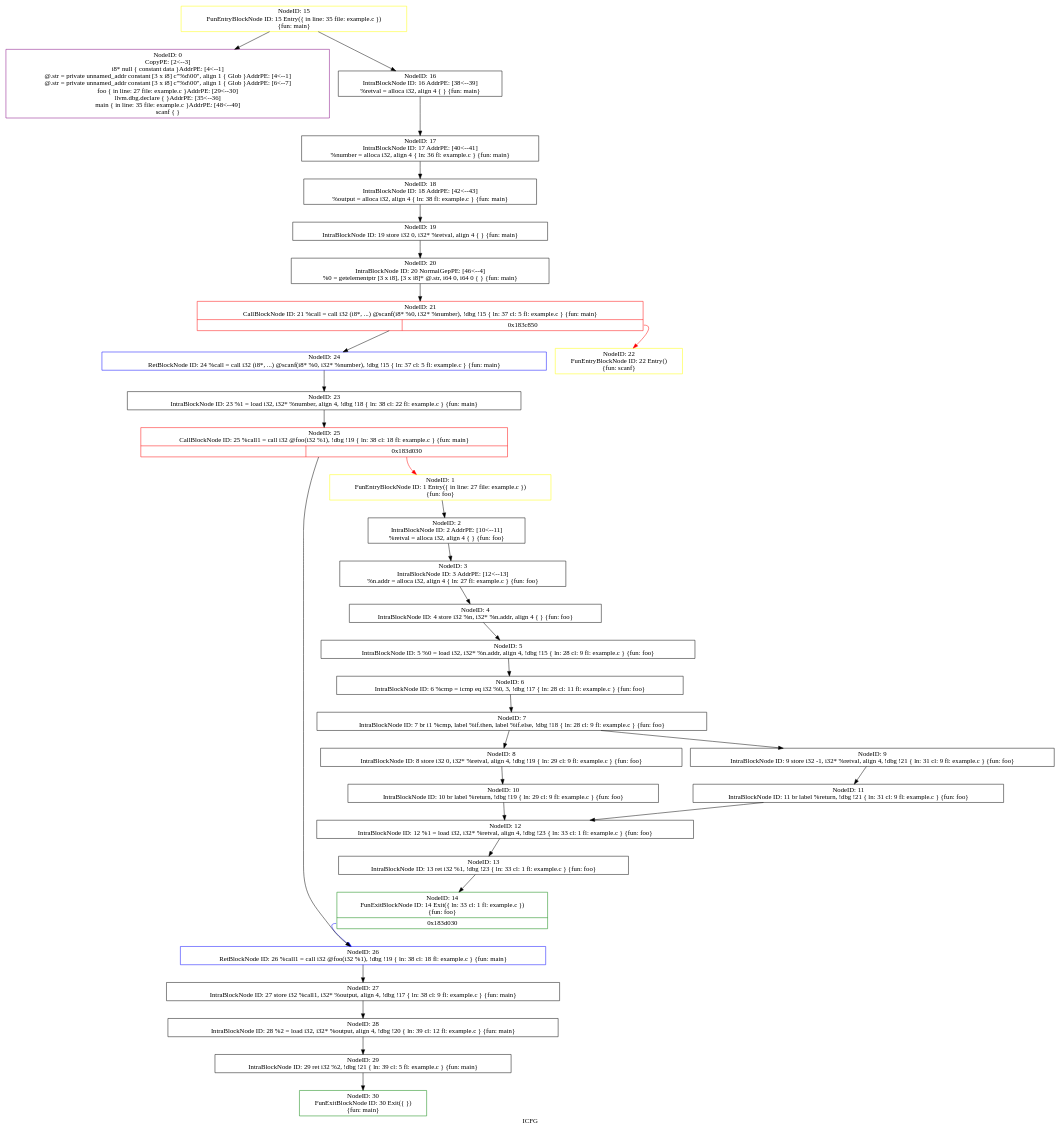
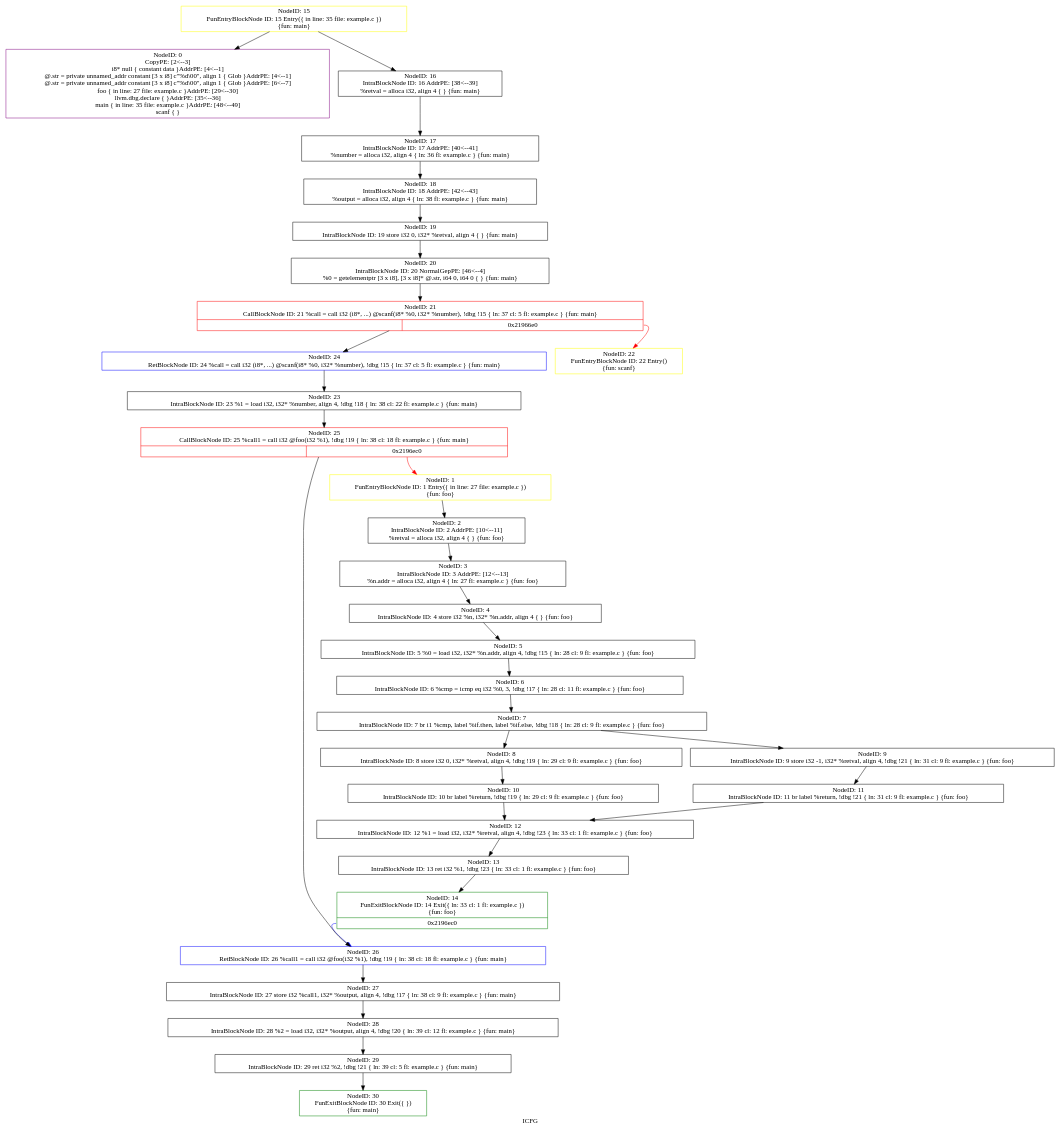
One commit to triciadang/symbolicexecutionsvf changed the diagram in icfg.dot. Above: the diagram before and after it, drawn with Graphviz. The commit also changed 4 other files, not shown here.

```diff
--- a/icfg.dot
+++ b/icfg.dot
@@ -1,67 +1,67 @@
 digraph "ICFG" {
 	label="ICFG";
 
-	Node0x1851250 [shape=record,color=green,label="{NodeID: 30\nFunExitBlockNode ID: 30 Exit(\{  \})\n \{fun: main\}}"];
-	Node0x1850eb0 [shape=record,color=black,label="{NodeID: 29\nIntraBlockNode ID: 29      ret i32 %2, !dbg !21 \{ ln: 39  cl: 5  fl: example.c \}    \{fun: main\}}"];
-	Node0x1850eb0 -> Node0x1851250[style=solid];
-	Node0x184edf0 [shape=record,color=black,label="{NodeID: 12\nIntraBlockNode ID: 12      %1 = load i32, i32* %retval, align 4, !dbg !23 \{ ln: 33  cl: 1  fl: example.c \}    \{fun: foo\}}"];
-	Node0x184edf0 -> Node0x184f070[style=solid];
-	Node0x184ec10 [shape=record,color=black,label="{NodeID: 11\nIntraBlockNode ID: 11      br label %return, !dbg !21 \{ ln: 31  cl: 9  fl: example.c \}    \{fun: foo\}}"];
-	Node0x184ec10 -> Node0x184edf0[style=solid];
-	Node0x184ea30 [shape=record,color=black,label="{NodeID: 10\nIntraBlockNode ID: 10      br label %return, !dbg !19 \{ ln: 29  cl: 9  fl: example.c \}    \{fun: foo\}}"];
-	Node0x184ea30 -> Node0x184edf0[style=solid];
-	Node0x184e850 [shape=record,color=black,label="{NodeID: 9\nIntraBlockNode ID: 9      store i32 -1, i32* %retval, align 4, !dbg !21 \{ ln: 31  cl: 9  fl: example.c \}    \{fun: foo\}}"];
-	Node0x184e850 -> Node0x184ec10[style=solid];
-	Node0x184e720 [shape=record,color=black,label="{NodeID: 8\nIntraBlockNode ID: 8      store i32 0, i32* %retval, align 4, !dbg !19 \{ ln: 29  cl: 9  fl: example.c \}    \{fun: foo\}}"];
-	Node0x184e720 -> Node0x184ea30[style=solid];
-	Node0x184e5e0 [shape=record,color=black,label="{NodeID: 7\nIntraBlockNode ID: 7      br i1 %cmp, label %if.then, label %if.else, !dbg !18 \{ ln: 28  cl: 9  fl: example.c \}    \{fun: foo\}}"];
-	Node0x184e5e0 -> Node0x184e720[style=solid];
-	Node0x184e5e0 -> Node0x184e850[style=solid];
-	Node0x184e4c0 [shape=record,color=black,label="{NodeID: 6\nIntraBlockNode ID: 6      %cmp = icmp eq i32 %0, 3, !dbg !17 \{ ln: 28  cl: 11  fl: example.c \}    \{fun: foo\}}"];
-	Node0x184e4c0 -> Node0x184e5e0[style=solid];
-	Node0x184e3a0 [shape=record,color=black,label="{NodeID: 5\nIntraBlockNode ID: 5      %0 = load i32, i32* %n.addr, align 4, !dbg !15 \{ ln: 28  cl: 9  fl: example.c \}    \{fun: foo\}}"];
-	Node0x184e3a0 -> Node0x184e4c0[style=solid];
-	Node0x184e280 [shape=record,color=black,label="{NodeID: 4\nIntraBlockNode ID: 4      store i32 %n, i32* %n.addr, align 4 \{  \}    \{fun: foo\}}"];
-	Node0x184e280 -> Node0x184e3a0[style=solid];
-	Node0x184e160 [shape=record,color=black,label="{NodeID: 3\nIntraBlockNode ID: 3   AddrPE: [12\<--13]  \n   %n.addr = alloca i32, align 4 \{ ln: 27 fl: example.c \} \{fun: foo\}}"];
-	Node0x184e160 -> Node0x184e280[style=solid];
-	Node0x184df30 [shape=record,color=black,label="{NodeID: 2\nIntraBlockNode ID: 2   AddrPE: [10\<--11]  \n   %retval = alloca i32, align 4 \{  \} \{fun: foo\}}"];
-	Node0x184df30 -> Node0x184e160[style=solid];
-	Node0x184ddd0 [shape=record,color=yellow,label="{NodeID: 1\nFunEntryBlockNode ID: 1 Entry(\{ in line: 27 file: example.c \})\n \{fun: foo\}}"];
-	Node0x184ddd0 -> Node0x184df30[style=solid];
-	Node0x183e2b0 [shape=record,color=purple,label="{NodeID: 0\nCopyPE: [2\<--3]  \n i8* null \{ constant data \}AddrPE: [4\<--1]  \n @.str = private unnamed_addr constant [3 x i8] c\"%d\\00\", align 1 \{ Glob  \}AddrPE: [4\<--1]  \n @.str = private unnamed_addr constant [3 x i8] c\"%d\\00\", align 1 \{ Glob  \}AddrPE: [6\<--7]  \n foo \{ in line: 27 file: example.c \}AddrPE: [29\<--30]  \n llvm.dbg.declare \{  \}AddrPE: [35\<--36]  \n main \{ in line: 35 file: example.c \}AddrPE: [48\<--49]  \n scanf \{  \}}"];
-	Node0x184f070 [shape=record,color=black,label="{NodeID: 13\nIntraBlockNode ID: 13      ret i32 %1, !dbg !23 \{ ln: 33  cl: 1  fl: example.c \}    \{fun: foo\}}"];
-	Node0x184f070 -> Node0x184f340[style=solid];
-	Node0x184f340 [shape=record,color=green,label="{NodeID: 14\nFunExitBlockNode ID: 14 Exit(\{ ln: 33  cl: 1  fl: example.c \})\n \{fun: foo\}|{<s0>0x183d030}}"];
-	Node0x184f340:s0 -> Node0x1850830[style=solid,color=blue];
-	Node0x184f570 [shape=record,color=yellow,label="{NodeID: 15\nFunEntryBlockNode ID: 15 Entry(\{ in line: 35 file: example.c \})\n \{fun: main\}}"];
-	Node0x184f570 -> Node0x183e2b0[style=solid];
-	Node0x184f570 -> Node0x184f6a0[style=solid];
-	Node0x184f6a0 [shape=record,color=black,label="{NodeID: 16\nIntraBlockNode ID: 16   AddrPE: [38\<--39]  \n   %retval = alloca i32, align 4 \{  \} \{fun: main\}}"];
-	Node0x184f6a0 -> Node0x184f860[style=solid];
-	Node0x184f860 [shape=record,color=black,label="{NodeID: 17\nIntraBlockNode ID: 17   AddrPE: [40\<--41]  \n   %number = alloca i32, align 4 \{ ln: 36 fl: example.c \} \{fun: main\}}"];
-	Node0x184f860 -> Node0x184fb10[style=solid];
-	Node0x184fb10 [shape=record,color=black,label="{NodeID: 18\nIntraBlockNode ID: 18   AddrPE: [42\<--43]  \n   %output = alloca i32, align 4 \{ ln: 38 fl: example.c \} \{fun: main\}}"];
-	Node0x184fb10 -> Node0x184fcd0[style=solid];
-	Node0x184fcd0 [shape=record,color=black,label="{NodeID: 19\nIntraBlockNode ID: 19      store i32 0, i32* %retval, align 4 \{  \}    \{fun: main\}}"];
-	Node0x184fcd0 -> Node0x184fe90[style=solid];
-	Node0x184fe90 [shape=record,color=black,label="{NodeID: 20\nIntraBlockNode ID: 20   NormalGepPE: [46\<--4]  \n   %0 = getelementptr [3 x i8], [3 x i8]* @.str, i64 0, i64 0 \{  \} \{fun: main\}}"];
-	Node0x184fe90 -> Node0x183ec40[style=solid];
-	Node0x183ec40 [shape=record,color=red,label="{NodeID: 21\nCallBlockNode ID: 21   %call = call i32 (i8*, ...) @scanf(i8* %0, i32* %number), !dbg !15 \{ ln: 37  cl: 5  fl: example.c \} \{fun: main\}|{|<s1>0x183c850}}"];
-	Node0x183ec40 -> Node0x1850460[style=solid];
-	Node0x183ec40:s1 -> Node0x18500b0[style=solid,color=red];
-	Node0x18500b0 [shape=record,color=yellow,label="{NodeID: 22\nFunEntryBlockNode ID: 22 Entry()\n \{fun: scanf\}}"];
-	Node0x1850340 [shape=record,color=black,label="{NodeID: 23\nIntraBlockNode ID: 23      %1 = load i32, i32* %number, align 4, !dbg !18 \{ ln: 38  cl: 22  fl: example.c \}    \{fun: main\}}"];
-	Node0x1850340 -> Node0x1834e00[style=solid];
-	Node0x1850460 [shape=record,color=blue,label="{NodeID: 24\nRetBlockNode ID: 24   %call = call i32 (i8*, ...) @scanf(i8* %0, i32* %number), !dbg !15 \{ ln: 37  cl: 5  fl: example.c \} \{fun: main\}}"];
-	Node0x1850460 -> Node0x1850340[style=solid];
-	Node0x1834e00 [shape=record,color=red,label="{NodeID: 25\nCallBlockNode ID: 25   %call1 = call i32 @foo(i32 %1), !dbg !19 \{ ln: 38  cl: 18  fl: example.c \} \{fun: main\}|{|<s1>0x183d030}}"];
-	Node0x1834e00 -> Node0x1850830[style=solid];
-	Node0x1834e00:s1 -> Node0x184ddd0[style=solid,color=red];
-	Node0x1850830 [shape=record,color=blue,label="{NodeID: 26\nRetBlockNode ID: 26   %call1 = call i32 @foo(i32 %1), !dbg !19 \{ ln: 38  cl: 18  fl: example.c \} \{fun: main\}}"];
-	Node0x1850830 -> Node0x1850a90[style=solid];
-	Node0x1850a90 [shape=record,color=black,label="{NodeID: 27\nIntraBlockNode ID: 27      store i32 %call1, i32* %output, align 4, !dbg !17 \{ ln: 38  cl: 9  fl: example.c \}    \{fun: main\}}"];
-	Node0x1850a90 -> Node0x1850cf0[style=solid];
-	Node0x1850cf0 [shape=record,color=black,label="{NodeID: 28\nIntraBlockNode ID: 28      %2 = load i32, i32* %output, align 4, !dbg !20 \{ ln: 39  cl: 12  fl: example.c \}    \{fun: main\}}"];
-	Node0x1850cf0 -> Node0x1850eb0[style=solid];
+	Node0x21ab0c0 [shape=record,color=green,label="{NodeID: 30\nFunExitBlockNode ID: 30 Exit(\{  \})\n \{fun: main\}}"];
+	Node0x21aad00 [shape=record,color=black,label="{NodeID: 29\nIntraBlockNode ID: 29      ret i32 %2, !dbg !21 \{ ln: 39  cl: 5  fl: example.c \}    \{fun: main\}}"];
+	Node0x21aad00 -> Node0x21ab0c0[style=solid];
+	Node0x21a8ca0 [shape=record,color=black,label="{NodeID: 12\nIntraBlockNode ID: 12      %1 = load i32, i32* %retval, align 4, !dbg !23 \{ ln: 33  cl: 1  fl: example.c \}    \{fun: foo\}}"];
+	Node0x21a8ca0 -> Node0x21a8f20[style=solid];
+	Node0x21a8ac0 [shape=record,color=black,label="{NodeID: 11\nIntraBlockNode ID: 11      br label %return, !dbg !21 \{ ln: 31  cl: 9  fl: example.c \}    \{fun: foo\}}"];
+	Node0x21a8ac0 -> Node0x21a8ca0[style=solid];
+	Node0x21a88e0 [shape=record,color=black,label="{NodeID: 10\nIntraBlockNode ID: 10      br label %return, !dbg !19 \{ ln: 29  cl: 9  fl: example.c \}    \{fun: foo\}}"];
+	Node0x21a88e0 -> Node0x21a8ca0[style=solid];
+	Node0x21a8700 [shape=record,color=black,label="{NodeID: 9\nIntraBlockNode ID: 9      store i32 -1, i32* %retval, align 4, !dbg !21 \{ ln: 31  cl: 9  fl: example.c \}    \{fun: foo\}}"];
+	Node0x21a8700 -> Node0x21a8ac0[style=solid];
+	Node0x21a8570 [shape=record,color=black,label="{NodeID: 8\nIntraBlockNode ID: 8      store i32 0, i32* %retval, align 4, !dbg !19 \{ ln: 29  cl: 9  fl: example.c \}    \{fun: foo\}}"];
+	Node0x21a8570 -> Node0x21a88e0[style=solid];
+	Node0x21a8430 [shape=record,color=black,label="{NodeID: 7\nIntraBlockNode ID: 7      br i1 %cmp, label %if.then, label %if.else, !dbg !18 \{ ln: 28  cl: 9  fl: example.c \}    \{fun: foo\}}"];
+	Node0x21a8430 -> Node0x21a8570[style=solid];
+	Node0x21a8430 -> Node0x21a8700[style=solid];
+	Node0x21a8310 [shape=record,color=black,label="{NodeID: 6\nIntraBlockNode ID: 6      %cmp = icmp eq i32 %0, 3, !dbg !17 \{ ln: 28  cl: 11  fl: example.c \}    \{fun: foo\}}"];
+	Node0x21a8310 -> Node0x21a8430[style=solid];
+	Node0x21a81f0 [shape=record,color=black,label="{NodeID: 5\nIntraBlockNode ID: 5      %0 = load i32, i32* %n.addr, align 4, !dbg !15 \{ ln: 28  cl: 9  fl: example.c \}    \{fun: foo\}}"];
+	Node0x21a81f0 -> Node0x21a8310[style=solid];
+	Node0x21a80f0 [shape=record,color=black,label="{NodeID: 4\nIntraBlockNode ID: 4      store i32 %n, i32* %n.addr, align 4 \{  \}    \{fun: foo\}}"];
+	Node0x21a80f0 -> Node0x21a81f0[style=solid];
+	Node0x21a7ff0 [shape=record,color=black,label="{NodeID: 3\nIntraBlockNode ID: 3   AddrPE: [12\<--13]  \n   %n.addr = alloca i32, align 4 \{ ln: 27 fl: example.c \} \{fun: foo\}}"];
+	Node0x21a7ff0 -> Node0x21a80f0[style=solid];
+	Node0x21a7dc0 [shape=record,color=black,label="{NodeID: 2\nIntraBlockNode ID: 2   AddrPE: [10\<--11]  \n   %retval = alloca i32, align 4 \{  \} \{fun: foo\}}"];
+	Node0x21a7dc0 -> Node0x21a7ff0[style=solid];
+	Node0x21a7c60 [shape=record,color=yellow,label="{NodeID: 1\nFunEntryBlockNode ID: 1 Entry(\{ in line: 27 file: example.c \})\n \{fun: foo\}}"];
+	Node0x21a7c60 -> Node0x21a7dc0[style=solid];
+	Node0x2198140 [shape=record,color=purple,label="{NodeID: 0\nCopyPE: [2\<--3]  \n i8* null \{ constant data \}AddrPE: [4\<--1]  \n @.str = private unnamed_addr constant [3 x i8] c\"%d\\00\", align 1 \{ Glob  \}AddrPE: [4\<--1]  \n @.str = private unnamed_addr constant [3 x i8] c\"%d\\00\", align 1 \{ Glob  \}AddrPE: [6\<--7]  \n foo \{ in line: 27 file: example.c \}AddrPE: [29\<--30]  \n llvm.dbg.declare \{  \}AddrPE: [35\<--36]  \n main \{ in line: 35 file: example.c \}AddrPE: [48\<--49]  \n scanf \{  \}}"];
+	Node0x21a8f20 [shape=record,color=black,label="{NodeID: 13\nIntraBlockNode ID: 13      ret i32 %1, !dbg !23 \{ ln: 33  cl: 1  fl: example.c \}    \{fun: foo\}}"];
+	Node0x21a8f20 -> Node0x21a91f0[style=solid];
+	Node0x21a91f0 [shape=record,color=green,label="{NodeID: 14\nFunExitBlockNode ID: 14 Exit(\{ ln: 33  cl: 1  fl: example.c \})\n \{fun: foo\}|{<s0>0x2196ec0}}"];
+	Node0x21a91f0:s0 -> Node0x21aa680[style=solid,color=blue];
+	Node0x21a93c0 [shape=record,color=yellow,label="{NodeID: 15\nFunEntryBlockNode ID: 15 Entry(\{ in line: 35 file: example.c \})\n \{fun: main\}}"];
+	Node0x21a93c0 -> Node0x2198140[style=solid];
+	Node0x21a93c0 -> Node0x21a94f0[style=solid];
+	Node0x21a94f0 [shape=record,color=black,label="{NodeID: 16\nIntraBlockNode ID: 16   AddrPE: [38\<--39]  \n   %retval = alloca i32, align 4 \{  \} \{fun: main\}}"];
+	Node0x21a94f0 -> Node0x21a96b0[style=solid];
+	Node0x21a96b0 [shape=record,color=black,label="{NodeID: 17\nIntraBlockNode ID: 17   AddrPE: [40\<--41]  \n   %number = alloca i32, align 4 \{ ln: 36 fl: example.c \} \{fun: main\}}"];
+	Node0x21a96b0 -> Node0x21a9960[style=solid];
+	Node0x21a9960 [shape=record,color=black,label="{NodeID: 18\nIntraBlockNode ID: 18   AddrPE: [42\<--43]  \n   %output = alloca i32, align 4 \{ ln: 38 fl: example.c \} \{fun: main\}}"];
+	Node0x21a9960 -> Node0x21a9b20[style=solid];
+	Node0x21a9b20 [shape=record,color=black,label="{NodeID: 19\nIntraBlockNode ID: 19      store i32 0, i32* %retval, align 4 \{  \}    \{fun: main\}}"];
+	Node0x21a9b20 -> Node0x21a9ce0[style=solid];
+	Node0x21a9ce0 [shape=record,color=black,label="{NodeID: 20\nIntraBlockNode ID: 20   NormalGepPE: [46\<--4]  \n   %0 = getelementptr [3 x i8], [3 x i8]* @.str, i64 0, i64 0 \{  \} \{fun: main\}}"];
+	Node0x21a9ce0 -> Node0x2198ad0[style=solid];
+	Node0x2198ad0 [shape=record,color=red,label="{NodeID: 21\nCallBlockNode ID: 21   %call = call i32 (i8*, ...) @scanf(i8* %0, i32* %number), !dbg !15 \{ ln: 37  cl: 5  fl: example.c \} \{fun: main\}|{|<s1>0x21966e0}}"];
+	Node0x2198ad0 -> Node0x21aa2b0[style=solid];
+	Node0x2198ad0:s1 -> Node0x21a9f00[style=solid,color=red];
+	Node0x21a9f00 [shape=record,color=yellow,label="{NodeID: 22\nFunEntryBlockNode ID: 22 Entry()\n \{fun: scanf\}}"];
+	Node0x21aa190 [shape=record,color=black,label="{NodeID: 23\nIntraBlockNode ID: 23      %1 = load i32, i32* %number, align 4, !dbg !18 \{ ln: 38  cl: 22  fl: example.c \}    \{fun: main\}}"];
+	Node0x21aa190 -> Node0x218ec90[style=solid];
+	Node0x21aa2b0 [shape=record,color=blue,label="{NodeID: 24\nRetBlockNode ID: 24   %call = call i32 (i8*, ...) @scanf(i8* %0, i32* %number), !dbg !15 \{ ln: 37  cl: 5  fl: example.c \} \{fun: main\}}"];
+	Node0x21aa2b0 -> Node0x21aa190[style=solid];
+	Node0x218ec90 [shape=record,color=red,label="{NodeID: 25\nCallBlockNode ID: 25   %call1 = call i32 @foo(i32 %1), !dbg !19 \{ ln: 38  cl: 18  fl: example.c \} \{fun: main\}|{|<s1>0x2196ec0}}"];
+	Node0x218ec90 -> Node0x21aa680[style=solid];
+	Node0x218ec90:s1 -> Node0x21a7c60[style=solid,color=red];
+	Node0x21aa680 [shape=record,color=blue,label="{NodeID: 26\nRetBlockNode ID: 26   %call1 = call i32 @foo(i32 %1), !dbg !19 \{ ln: 38  cl: 18  fl: example.c \} \{fun: main\}}"];
+	Node0x21aa680 -> Node0x21aa8e0[style=solid];
+	Node0x21aa8e0 [shape=record,color=black,label="{NodeID: 27\nIntraBlockNode ID: 27      store i32 %call1, i32* %output, align 4, !dbg !17 \{ ln: 38  cl: 9  fl: example.c \}    \{fun: main\}}"];
+	Node0x21aa8e0 -> Node0x21aab40[style=solid];
+	Node0x21aab40 [shape=record,color=black,label="{NodeID: 28\nIntraBlockNode ID: 28      %2 = load i32, i32* %output, align 4, !dbg !20 \{ ln: 39  cl: 12  fl: example.c \}    \{fun: main\}}"];
+	Node0x21aab40 -> Node0x21aad00[style=solid];
 }
```
